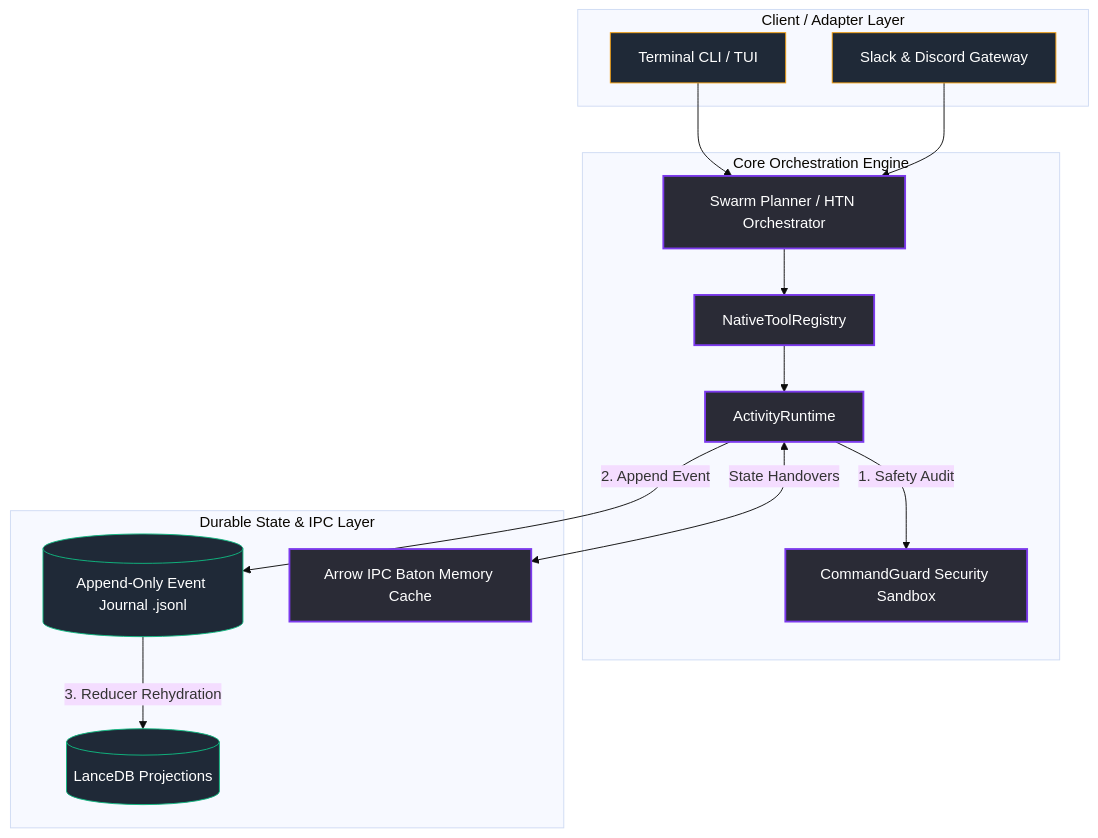
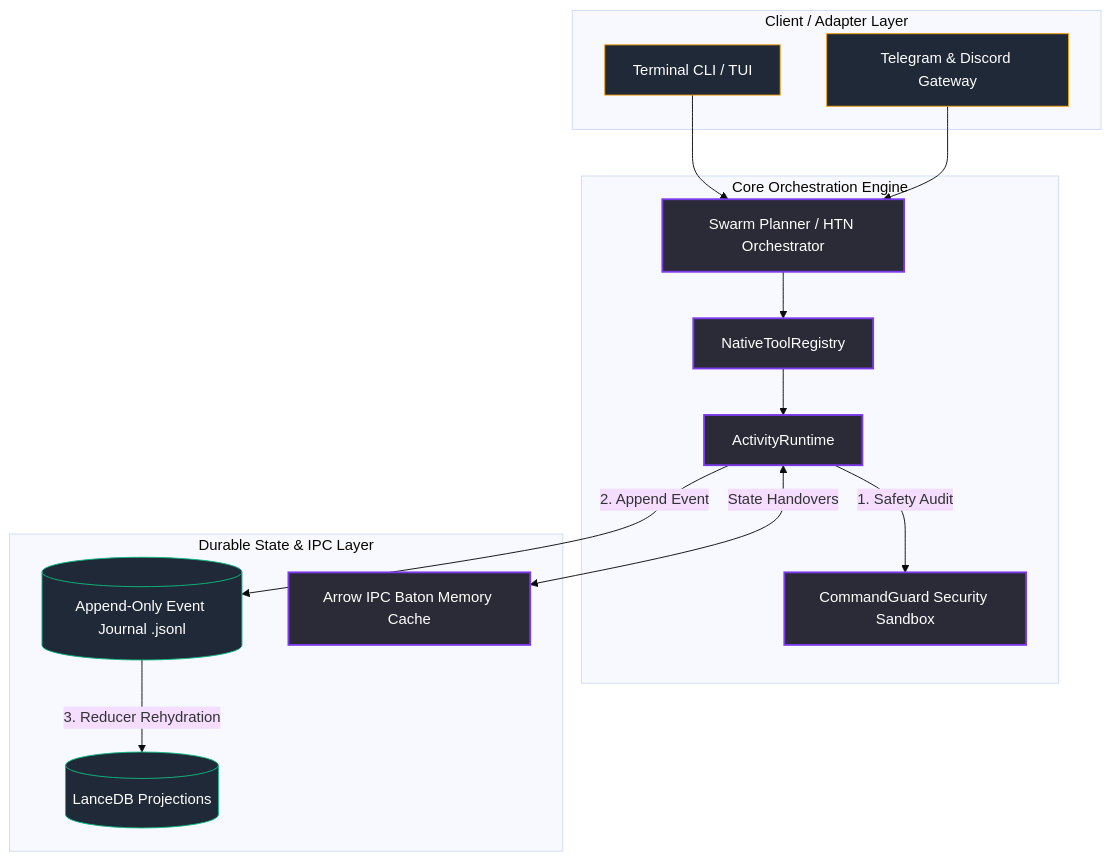
The second of 2 diagrams in README.md (anixes/AJA), drawn with Mermaid (base theme) before and after one commit. The commit also changed other lines of this file, not shown here.

````diff
--- a/README.md
+++ b/README.md
@@ -129,33 +195,33 @@
 ```mermaid
 graph TD
     classDef core fill:#2a2b36,stroke:#7c3aed,stroke-width:2px,color:#fff;
     classDef storage fill:#1f2937,stroke:#10b981,stroke-width:1px,color:#fff;
     classDef client fill:#1f2937,stroke:#f59e0b,stroke-width:1px,color:#fff;
 
     subgraph Client / Adapter Layer
         CLI[Terminal CLI / TUI]:::client
-        Gateway[ Slack & Discord Gateway ]:::client
+        Gateway[Telegram & Discord Gateway]:::client
     end
 
     subgraph Core Orchestration Engine
         Orch[Swarm Planner / HTN Orchestrator]:::core
         Registry[NativeToolRegistry]:::core
         RT[ActivityRuntime]:::core
         Guard[CommandGuard Security Sandbox]:::core
     end
 
     subgraph Durable State & IPC Layer
         Journal[(Append-Only Event Journal .jsonl)]:::storage
         Projections[(LanceDB Projections)]:::storage
         Baton[Arrow IPC Baton Memory Cache]:::core
     end
 
     CLI --> Orch
     Gateway --> Orch
     Orch --> Registry
     Registry --> RT
     RT -->|1. Safety Audit| Guard
     RT -->|2. Append Event| Journal
     Journal -->|3. Reducer Rehydration| Projections
     RT <-->|State Handovers| Baton
 ```
````
